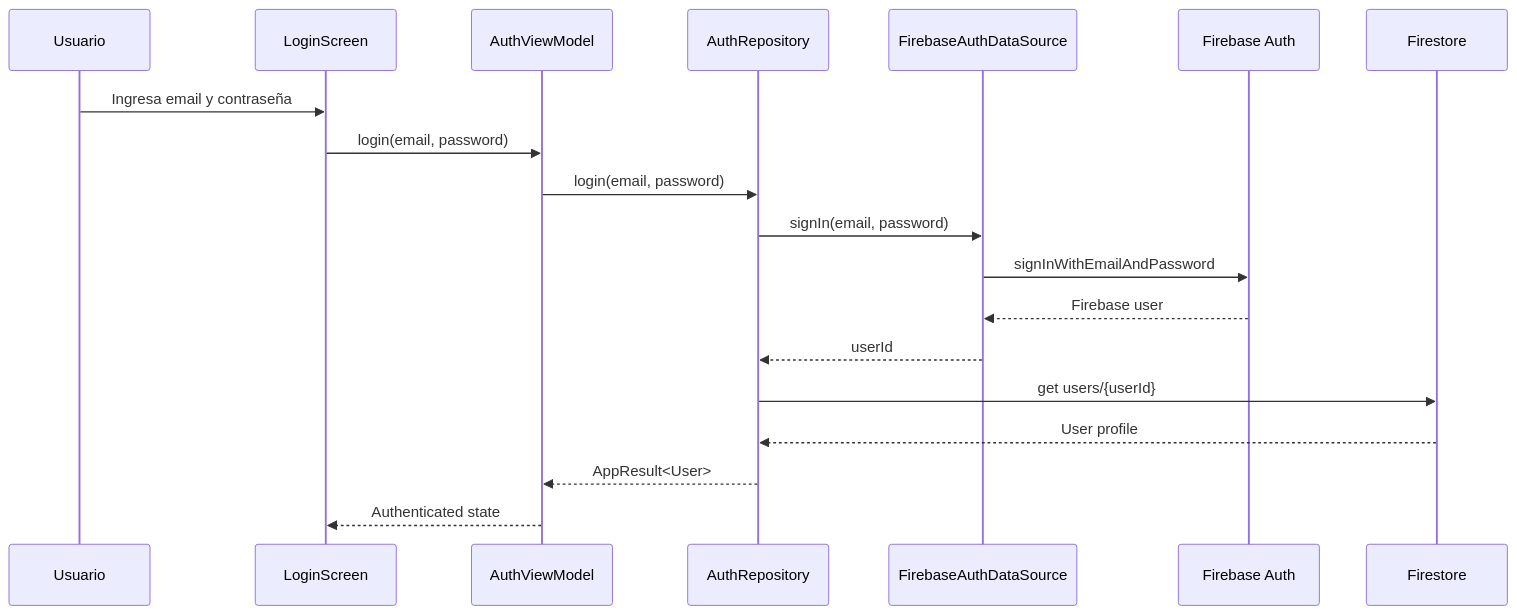
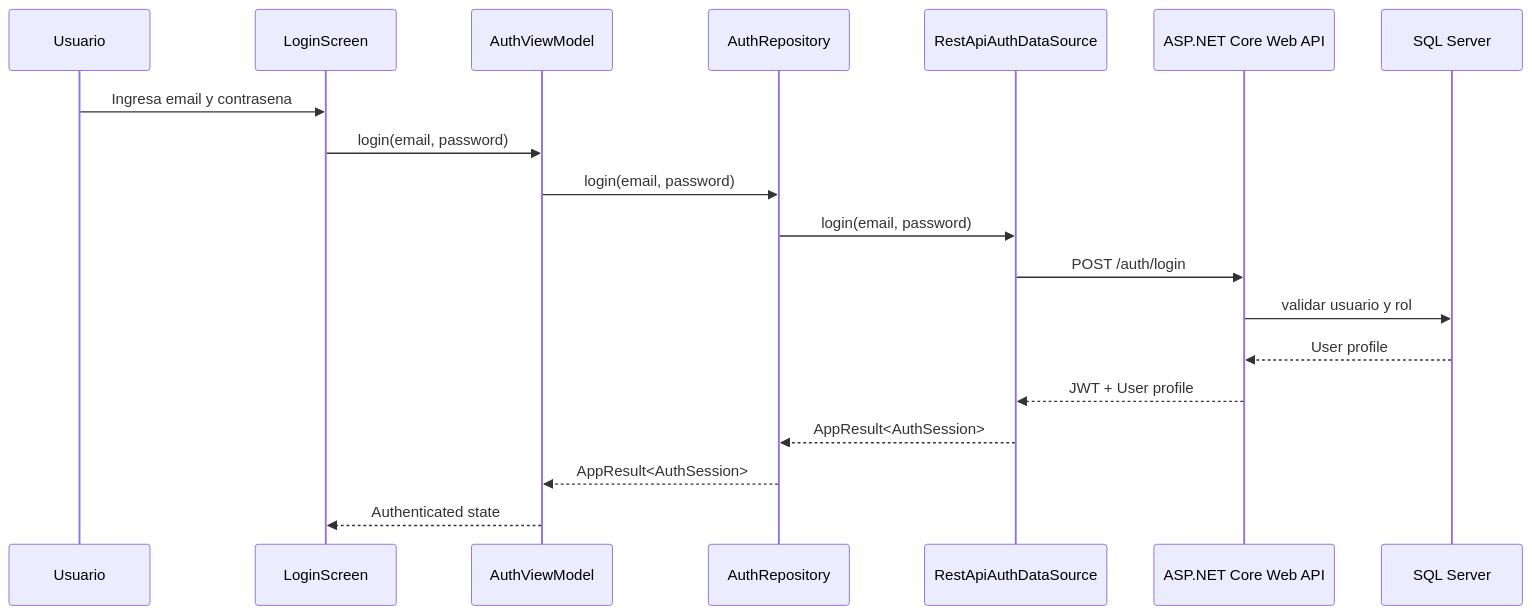
Before and after one commit to DevTeam-DAKFC/inventory-mobile-project: the second of 8 diagrams in docs/architecture/system-architecture.md, drawn with Mermaid. The commit also changed other lines of this file, not shown here.

Commit message:
docs(architecture): align system architecture with .NET backend

````diff
--- a/docs/architecture/system-architecture.md
+++ b/docs/architecture/system-architecture.md
@@ -437,22 +366,22 @@
 ```mermaid
 sequenceDiagram
     participant U as Usuario
     participant UI as LoginScreen
     participant VM as AuthViewModel
     participant R as AuthRepository
-    participant DS as FirebaseAuthDataSource
-    participant FA as Firebase Auth
-    participant FS as Firestore
+    participant DS as RestApiAuthDataSource
+    participant API as ASP.NET Core Web API
+    participant SQL as SQL Server
 
-    U->>UI: Ingresa email y contraseña
+    U->>UI: Ingresa email y contrasena
     UI->>VM: login(email, password)
     VM->>R: login(email, password)
-    R->>DS: signIn(email, password)
-    DS->>FA: signInWithEmailAndPassword
-    FA-->>DS: Firebase user
-    DS-->>R: userId
-    R->>FS: get users/{userId}
-    FS-->>R: User profile
-    R-->>VM: AppResult<User>
+    R->>DS: login(email, password)
+    DS->>API: POST /auth/login
+    API->>SQL: validar usuario y rol
+    SQL-->>API: User profile
+    API-->>DS: JWT + User profile
+    DS-->>R: AppResult<AuthSession>
+    R-->>VM: AppResult<AuthSession>
     VM-->>UI: Authenticated state
 ```
````
